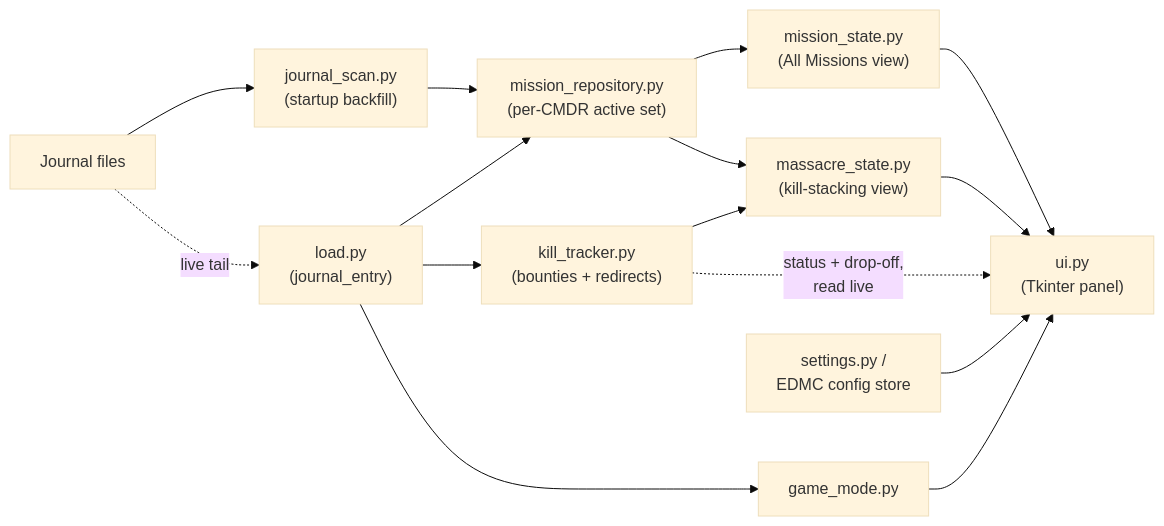
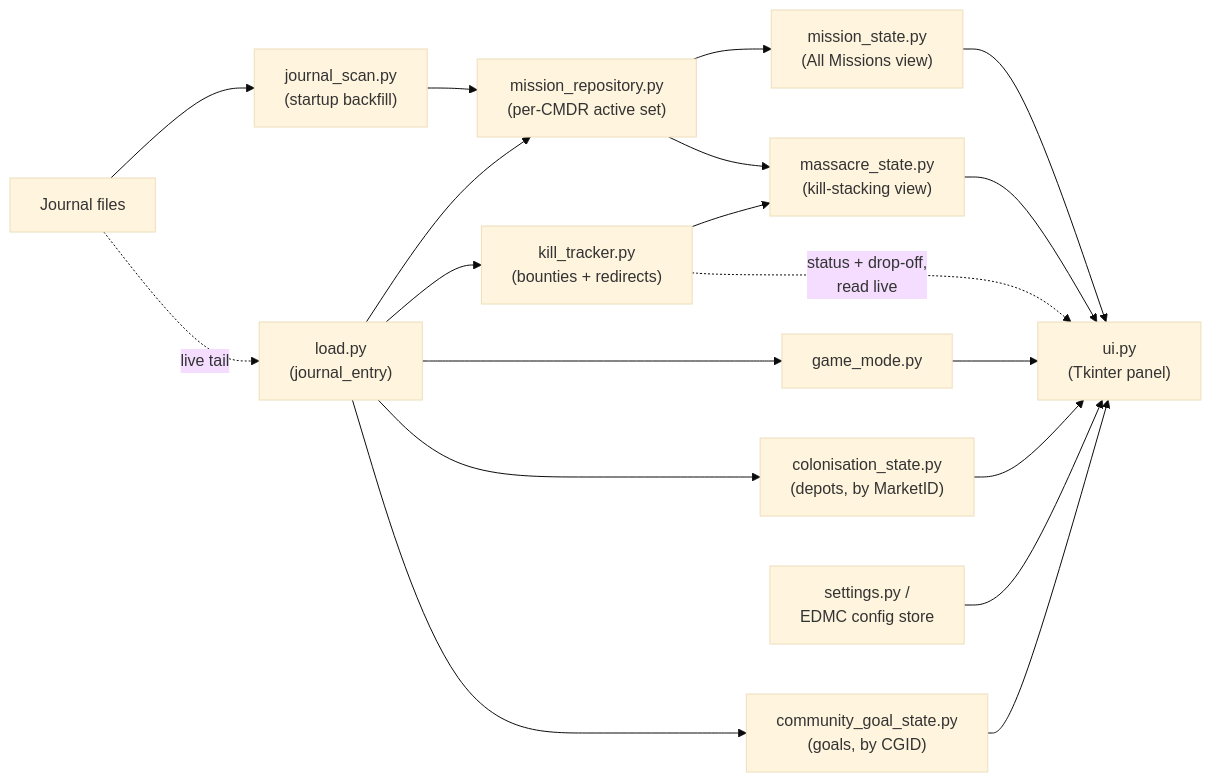
Before and after one commit to rwharpernc/EDMMM: the diagram in TECHNICAL_SPEC.md, drawn with Mermaid (base theme). The commit also changed other lines of this file and 10 other files, not shown here.

First line of the commit message:
Add Colonisation and Community Goal tracking pages (v0.6.0)

````diff
--- a/TECHNICAL_SPEC.md
+++ b/TECHNICAL_SPEC.md
@@ -149,17 +182,21 @@
 ```mermaid
 flowchart LR
     JF[Journal files] --> JS["journal_scan.py<br/>(startup backfill)"]
     JF -.live tail.-> LE["load.py<br/>(journal_entry)"]
     JS --> MR["mission_repository.py<br/>(per-CMDR active set)"]
     LE --> MR
     LE --> KT["kill_tracker.py<br/>(bounties + redirects)"]
     LE --> GM["game_mode.py"]
+    LE --> CS["colonisation_state.py<br/>(depots, by MarketID)"]
+    LE --> CG["community_goal_state.py<br/>(goals, by CGID)"]
     MR --> MS["mission_state.py<br/>(All Missions view)"]
     MR --> MC["massacre_state.py<br/>(kill-stacking view)"]
     KT --> MC
     KT -."status + drop-off,<br/>read live".-> UI["ui.py<br/>(Tkinter panel)"]
     MS --> UI
     MC --> UI
     GM --> UI
+    CS --> UI
+    CG --> UI
     CFG["settings.py /<br/>EDMC config store"] --> UI
 ```
````
